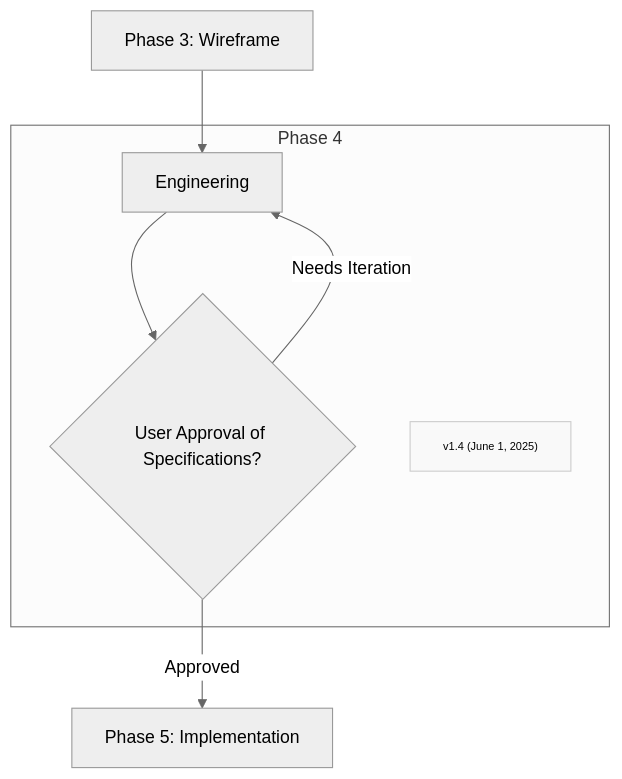
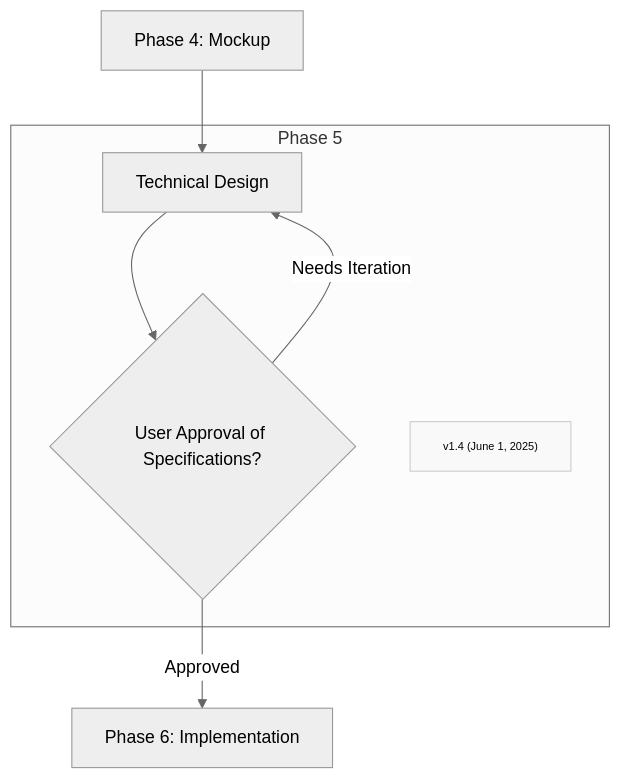
One commit to Mharbulous/Front-First-Method changed the diagram in Phases/FF-phase4.md. Above: the diagram before and after it, drawn with Mermaid (neutral theme).

````diff
--- a/Phases/FF-phase4.md
+++ b/Phases/FF-phase4.md
@@ -2,19 +2,19 @@
 ```mermaid
 graph TD
     
-B1["Phase 3: Wireframe"]  --> B2["Engineering"] 
+B1["Phase 4: Mockup"]  --> B2["Technical Design"] 
 
-    subgraph Phase4["Phase 4"]
+    subgraph Phase4["Phase 5"]
         B2 --> B3_Val{"User Approval of Specifications?"}
         B3_Val -->|Needs Iteration| B2
         
         Version["v1.4 (June 1, 2025)"]
         classDef version fill:#f9f9f9,stroke:#ccc,font-size:10px
         class Version version
         
     end
 
-B3_Val -->|Approved| Phase5["Phase 5: Implementation"]
+B3_Val -->|Approved| Phase5["Phase 6: Implementation"]
 
 
 ```
````
